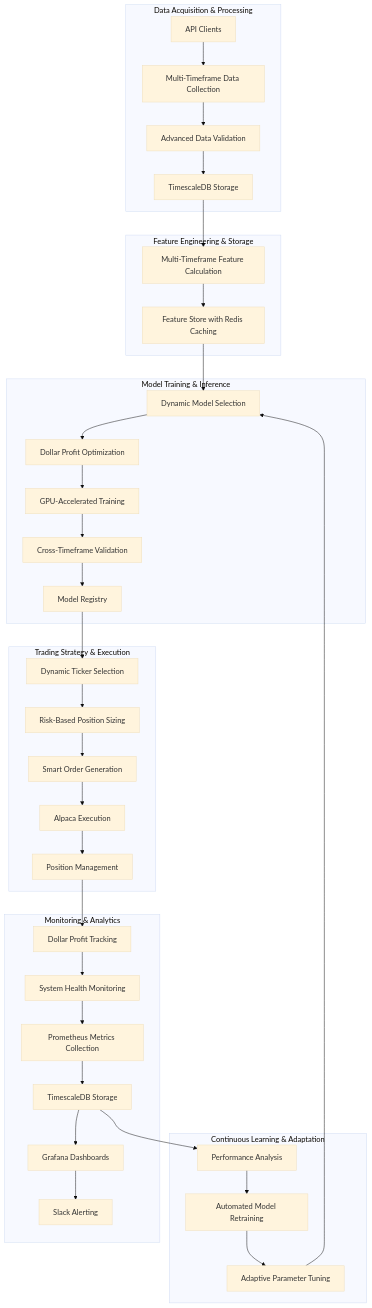
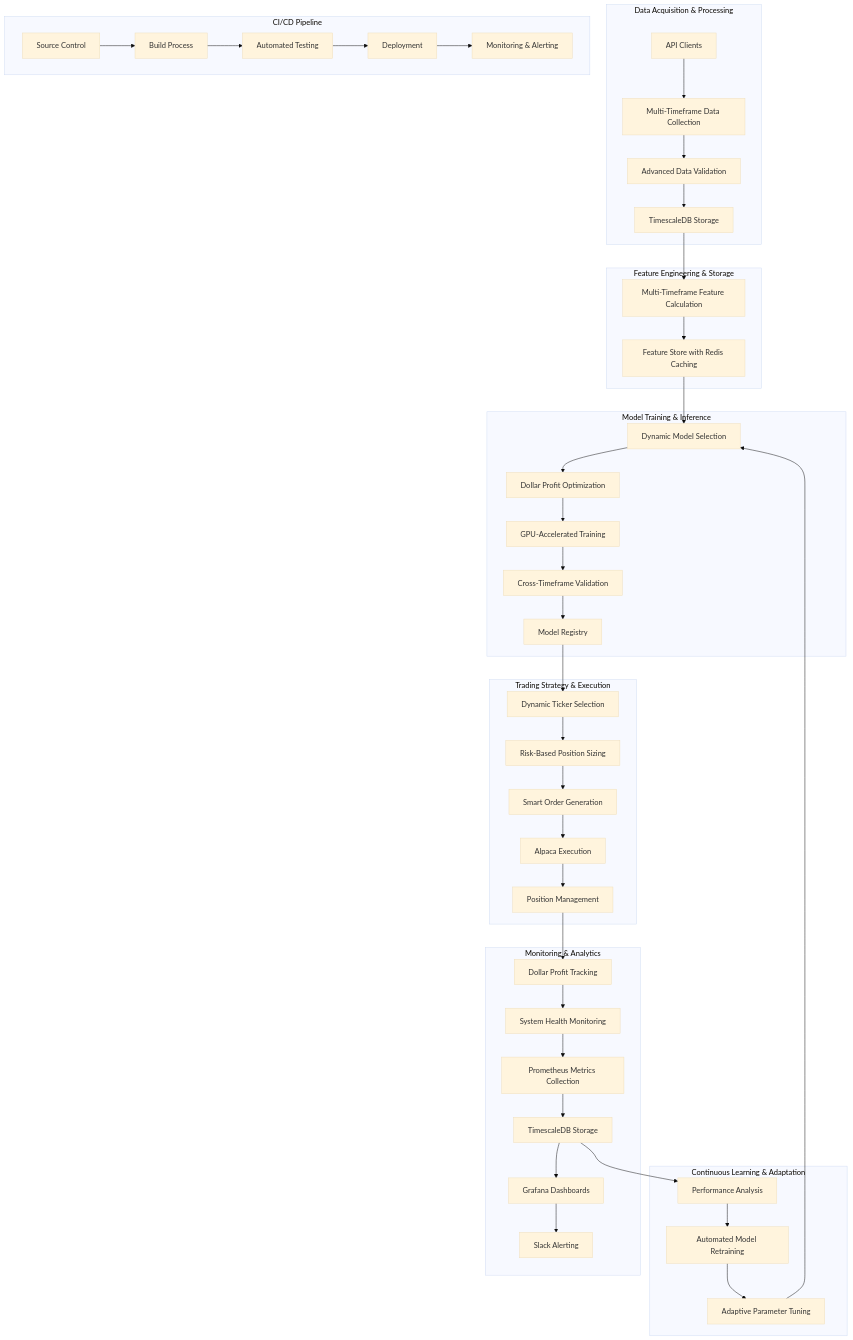
The first of 2 diagrams in docs/01_autonomous_trading_system_architecture.md (Slusheeking/INAVVI_0.0.1), drawn with Mermaid (base theme) before and after one commit. The commit also changed other lines of this file and 23 other files, not shown here.

````diff
--- a/docs/01_autonomous_trading_system_architecture.md
+++ b/docs/01_autonomous_trading_system_architecture.md
@@ -20,45 +21,52 @@
 ```mermaid
 flowchart TD
     subgraph "Data Acquisition & Processing"
         A1[API Clients] --> B1[Multi-Timeframe Data Collection]
         B1 --> C1[Advanced Data Validation]
         C1 --> D1[TimescaleDB Storage]
     end
     
     subgraph "Feature Engineering & Storage"
         D1 --> E1[Multi-Timeframe Feature Calculation]
         E1 --> F1[Feature Store with Redis Caching]
     end
     
     subgraph "Model Training & Inference"
         F1 --> G1[Dynamic Model Selection]
         G1 --> H1[Dollar Profit Optimization]
         H1 --> I1[GPU-Accelerated Training]
         I1 --> J1[Cross-Timeframe Validation]
         J1 --> K1[Model Registry]
     end
     
     subgraph "Trading Strategy & Execution"
         K1 --> L1[Dynamic Ticker Selection]
         L1 --> M1[Risk-Based Position Sizing]
         M1 --> N1[Smart Order Generation]
         N1 --> O1[Alpaca Execution]
         O1 --> P1[Position Management]
     end
     
     subgraph "Monitoring & Analytics"
         P1 --> Q1[Dollar Profit Tracking]
         Q1 --> R1[System Health Monitoring]
         R1 --> S1[Prometheus Metrics Collection]
         S1 --> T1[TimescaleDB Storage]
         T1 --> U1[Grafana Dashboards]
         U1 --> V1[Slack Alerting]
     end
     
     subgraph "Continuous Learning & Adaptation"
         T1 --> W1[Performance Analysis]
         W1 --> X1[Automated Model Retraining]
         X1 --> Y1[Adaptive Parameter Tuning]
         Y1 --> G1
     end
+    
+    subgraph "CI/CD Pipeline"
+        Z1[Source Control] --> Z2[Build Process]
+        Z2 --> Z3[Automated Testing]
+        Z3 --> Z4[Deployment]
+        Z4 --> Z5[Monitoring & Alerting]
+    end
 ```
````
